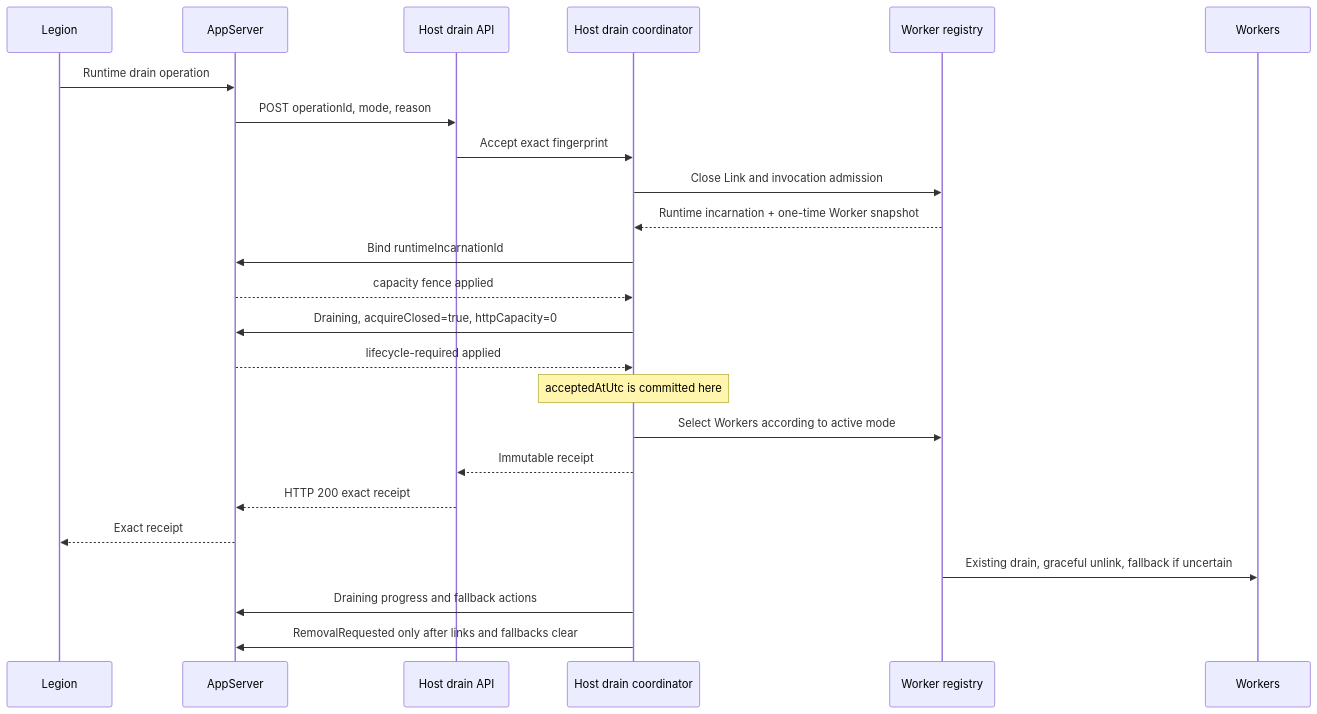
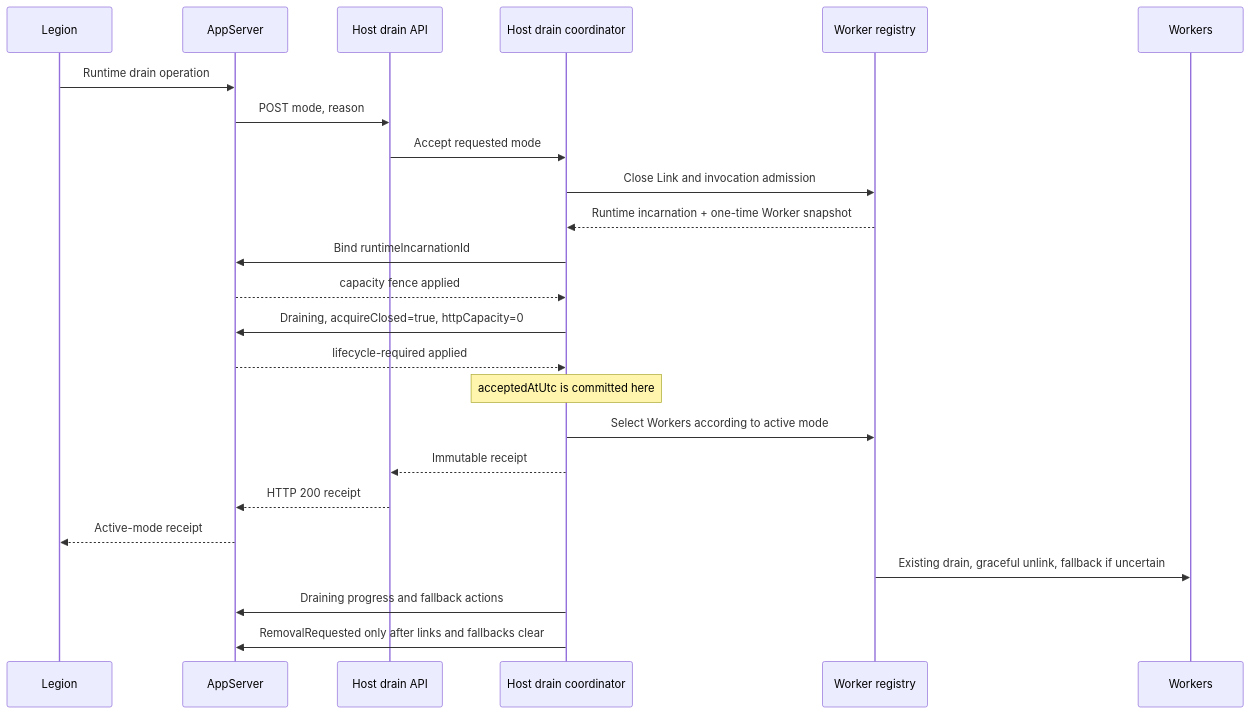
The first of 4 diagrams in tools/ComputeSeparation/byoc-app-version-runtime-drain.md (manikantanallagatla/azure-functions-host), drawn with Mermaid before and after one commit. The commit also changed other lines of this file and 5 other files, not shown here.

````diff
--- a/tools/ComputeSeparation/byoc-app-version-runtime-drain.md
+++ b/tools/ComputeSeparation/byoc-app-version-runtime-drain.md
@@ -82,27 +79,27 @@
 ```mermaid
 sequenceDiagram
     participant Legion
     participant AppServer
     participant API as Host drain API
     participant Coordinator as Host drain coordinator
     participant Registry as Worker registry
     participant Workers
 
     Legion->>AppServer: Runtime drain operation
-    AppServer->>API: POST operationId, mode, reason
-    API->>Coordinator: Accept exact fingerprint
+    AppServer->>API: POST mode, reason
+    API->>Coordinator: Accept requested mode
     Coordinator->>Registry: Close Link and invocation admission
     Registry-->>Coordinator: Runtime incarnation + one-time Worker snapshot
     Coordinator->>AppServer: Bind runtimeIncarnationId
     AppServer-->>Coordinator: capacity fence applied
     Coordinator->>AppServer: Draining, acquireClosed=true, httpCapacity=0
     AppServer-->>Coordinator: lifecycle-required applied
     Note over Coordinator: acceptedAtUtc is committed here
     Coordinator->>Registry: Select Workers according to active mode
     Coordinator-->>API: Immutable receipt
-    API-->>AppServer: HTTP 200 exact receipt
-    AppServer-->>Legion: Exact receipt
+    API-->>AppServer: HTTP 200 receipt
+    AppServer-->>Legion: Active-mode receipt
     Registry->>Workers: Existing drain, graceful unlink, fallback if uncertain
     Coordinator->>AppServer: Draining progress and fallback actions
     Coordinator->>AppServer: RemovalRequested only after links and fallbacks clear
 ```
````
